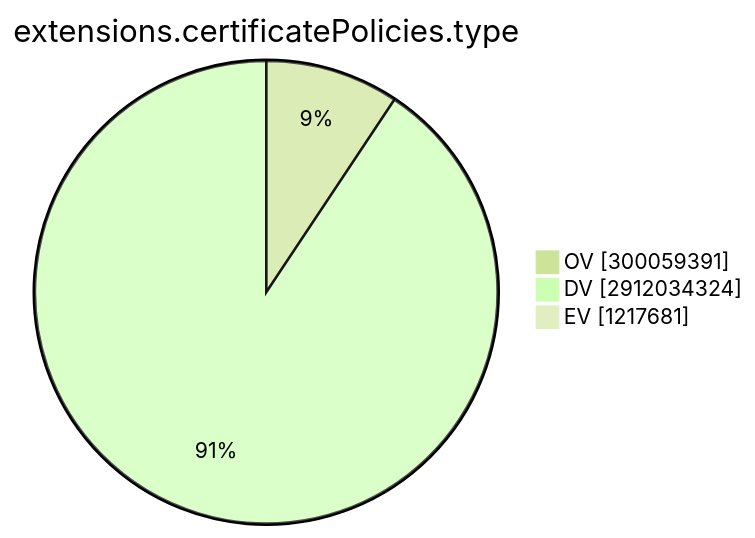
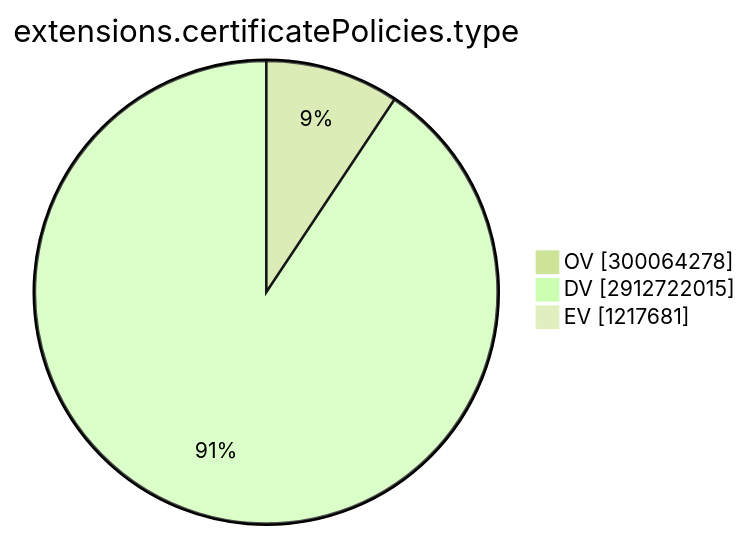
The ninth of 15 diagrams in TOTAL/README.md (christiankrug/ctmonitor_visualization), drawn with Mermaid (forest theme) before and after one commit. The commit also changed other lines of this file, not shown here.

````diff
--- a/TOTAL/README.md
+++ b/TOTAL/README.md
@@ -3101,7 +3101,7 @@
 ```mermaid
 pie showData
 title extensions.certificatePolicies.type
-"OV" :300059391
-"DV" :2912034324
+"OV" :300064278
+"DV" :2912722015
 "EV" :1217681
 ```
````
